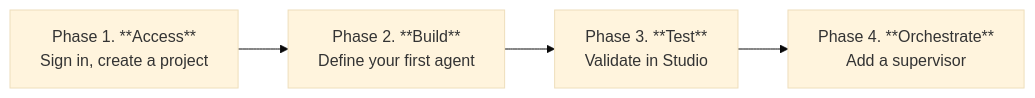
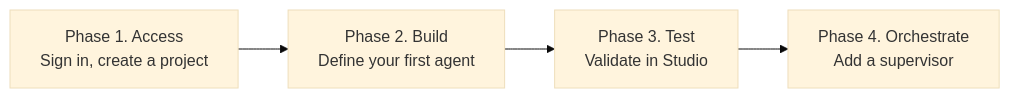
Before and after one commit to Koredotcom/docs-v2: the diagram in agent-platform-v2/getting-started.mdx, drawn with Mermaid (base theme).

Commit message:
Style and formatting updates

````diff
--- a/agent-platform-v2/getting-started.mdx
+++ b/agent-platform-v2/getting-started.mdx
@@ -17,9 +17,9 @@
 ```mermaid
 flowchart LR
-    A["Phase 1. **Access** <br /> Sign in, create a project"]
-    B["Phase 2. **Build** <br /> Define your first agent"]
-    C["Phase 3. **Test** <br /> Validate in Studio"]
-    D["Phase 4. **Orchestrate** <br /> Add a supervisor"]
+    A["Phase 1. Access <br /> Sign in, create a project"]
+    B["Phase 2. Build <br /> Define your first agent"]
+    C["Phase 3. Test <br /> Validate in Studio"]
+    D["Phase 4. Orchestrate <br /> Add a supervisor"]
 
     A --> B --> C --> D
 ```
````
